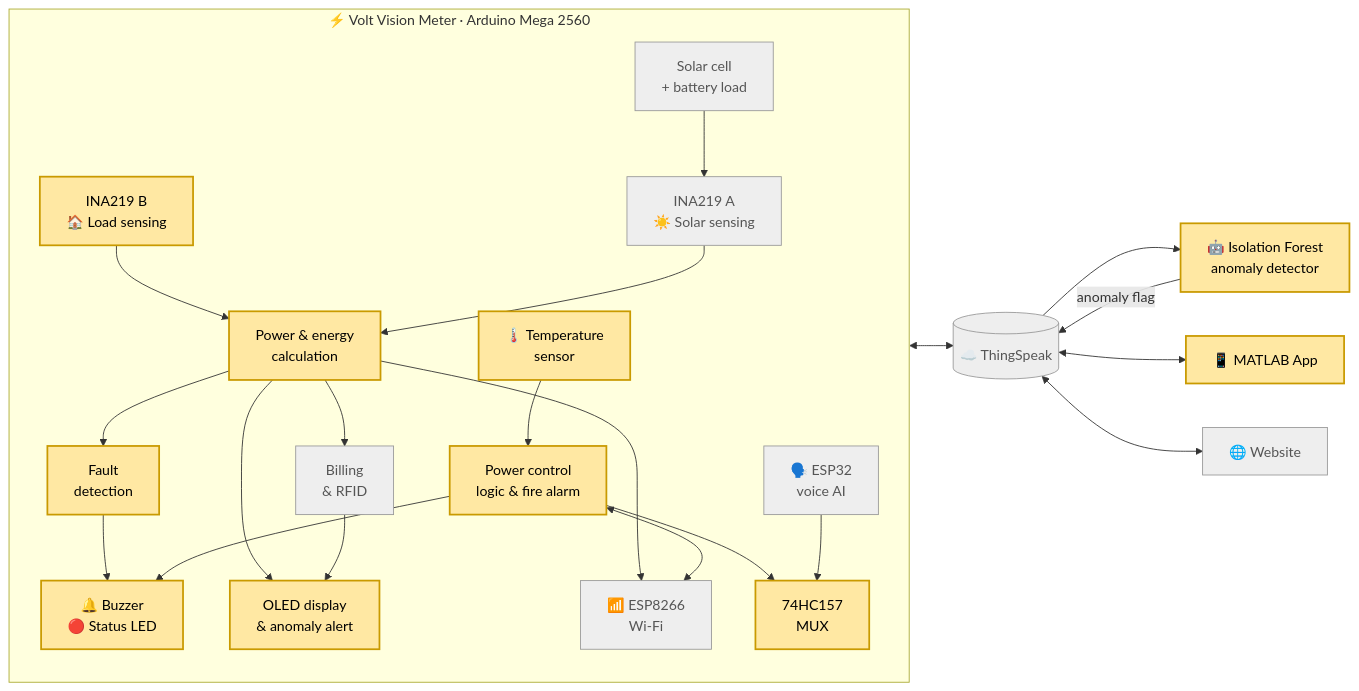
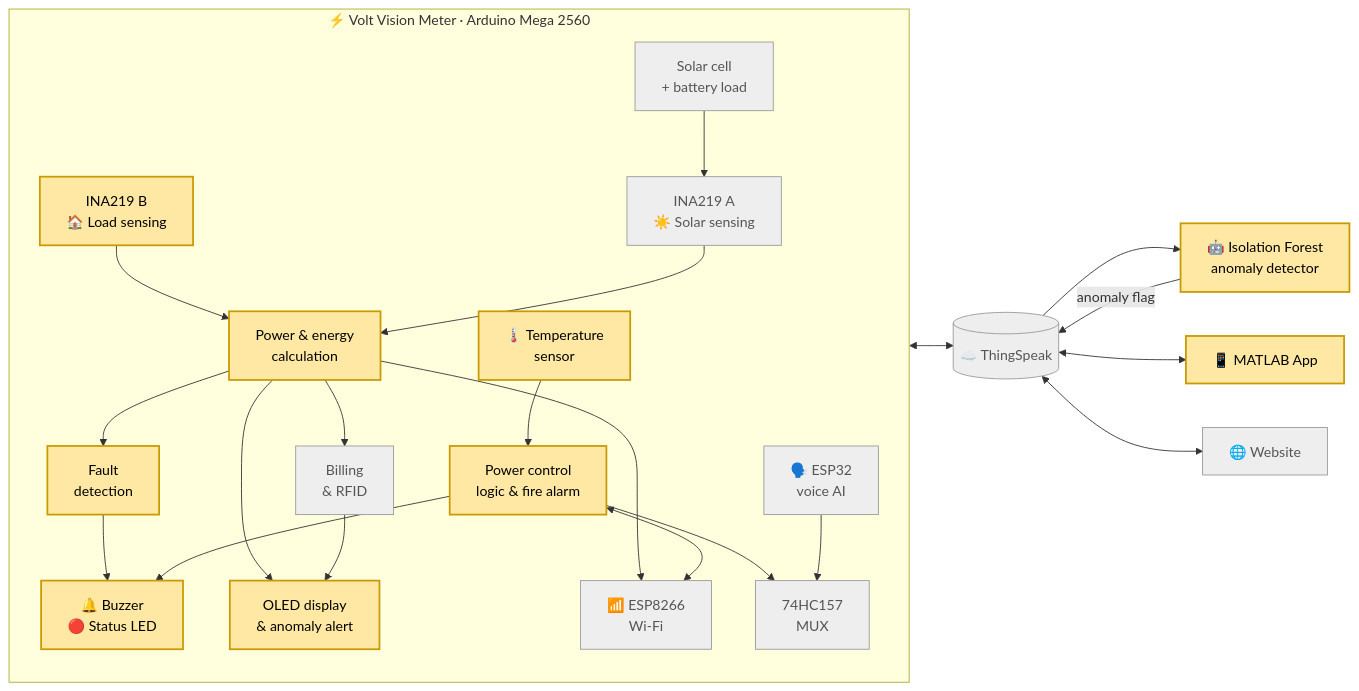
Before and after one commit to sarkeraumio/Smart-Electricity-Meter: the first of 4 diagrams in README.md, drawn with Mermaid. The commit also changed other lines of this file, not shown here.

````diff
--- a/README.md
+++ b/README.md
@@ -67,41 +61,41 @@
 ```mermaid
 flowchart LR
     subgraph METER["⚡ Volt Vision Meter · Arduino Mega 2560"]
         direction TB
         INAB["INA219 B<br/>🏠 Load sensing"]:::aumio
         INAA["INA219 A<br/>☀️ Solar sensing"]:::team
         SOLAR["Solar cell<br/>+ battery load"]:::team --> INAA
         MON["Power & energy<br/>calculation"]:::aumio
         FAULT["Fault<br/>detection"]:::aumio
         OLED["OLED display<br/>& anomaly alert"]:::aumio
         BILL["Billing<br/>& RFID"]:::team
         TEMP["🌡️ Temperature<br/>sensor"]:::aumio
         CTRL["Power control<br/>logic & fire alarm"]:::aumio
         WIFI["📶 ESP8266<br/>Wi-Fi"]:::team
-        MUX["74HC157<br/>MUX"]:::aumio
+        MUX["74HC157<br/>MUX"]:::team
         VOICE["🗣️ ESP32<br/>voice AI"]:::team
         ALERT["🔔 Buzzer<br/>🔴 Status LED"]:::aumio
 
         INAB --> MON
         INAA --> MON
         MON --> FAULT --> ALERT
         MON --> OLED
         MON --> BILL --> OLED
         TEMP --> CTRL --> ALERT
         MON --> WIFI
         CTRL <--> WIFI
         CTRL --> MUX
         VOICE --> MUX
     end
 
     WIFI <--> TS[("☁️ ThingSpeak")]:::team
     TS --> ML["🤖 Isolation Forest<br/>anomaly detector"]:::aumio
     ML -- anomaly flag --> TS
     TS <--> APP["📱 MATLAB App"]:::aumio
     TS <--> WEB["🌐 Website"]:::team
 
     classDef aumio fill:#FFE8A3,stroke:#C99A00,stroke-width:2px,color:#000
     classDef johnny fill:#BFE8CF,stroke:#2E8B57,stroke-width:2px,color:#000
     classDef shared fill:#E3F0C0,stroke:#7A9A2E,stroke-width:2px,color:#000
     classDef team fill:#EEEEEE,stroke:#999,color:#555
 ```
````
